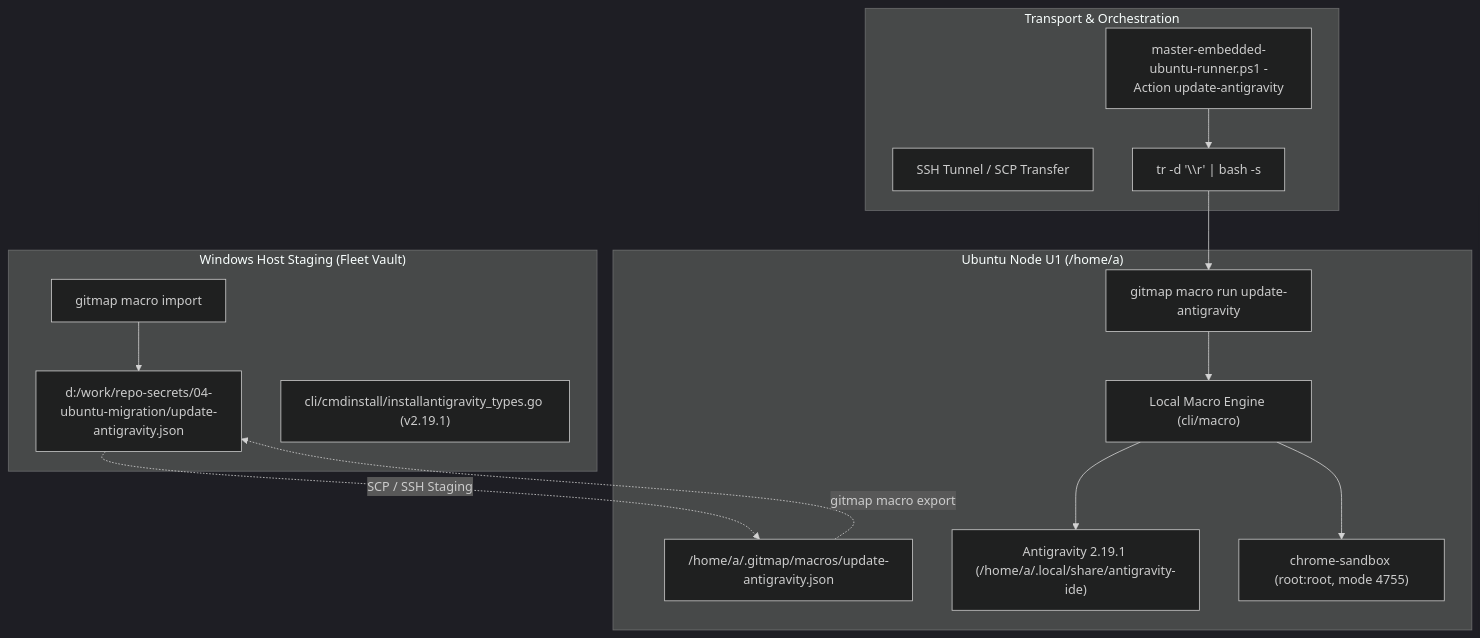
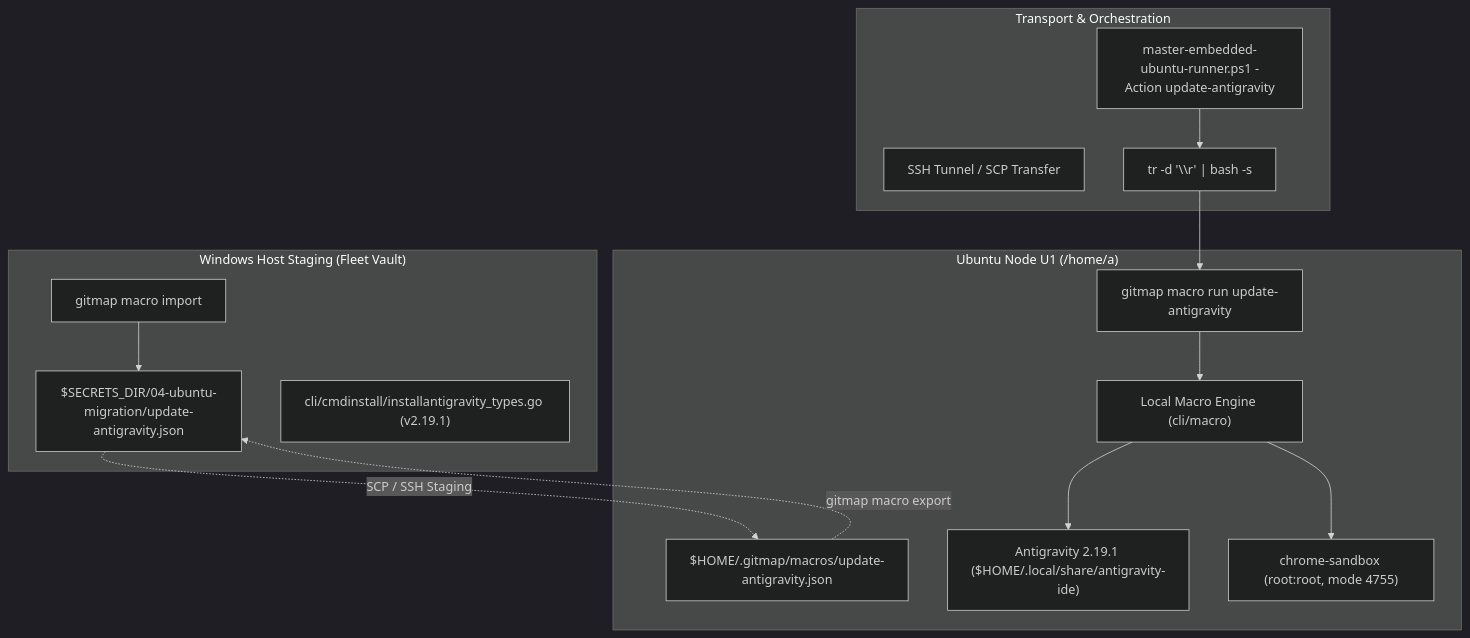
One commit to alimtvnetwork/gitmap-v28 changed the diagram in 02-spec/21-app/213-antigravity-ubuntu-update-and-macro-automation/02-gitmap-macro-and-installer-spec.md. Above: the diagram before and after it, drawn with Mermaid (dark theme). The commit also changed other lines of this file and 49 other files, not shown here.

````diff
--- a/02-spec/21-app/213-antigravity-ubuntu-update-and-macro-automation/02-gitmap-macro-and-installer-spec.md
+++ b/02-spec/21-app/213-antigravity-ubuntu-update-and-macro-automation/02-gitmap-macro-and-installer-spec.md
@@ -28,28 +28,28 @@
 ```mermaid
 flowchart TD
     subgraph Staging["Windows Host Staging (Fleet Vault)"]
-        W1["d:/work/repo-secrets/04-ubuntu-migration/update-antigravity.json"]
+        W1["$SECRETS_DIR/04-ubuntu-migration/update-antigravity.json"]
         W2["gitmap macro import <path>"]
         W3["cli/cmdinstall/installantigravity_types.go (v2.19.1)"]
     end
 
     subgraph SyncTransport["Transport & Orchestration"]
         T1["SSH Tunnel / SCP Transfer"]
         T2["master-embedded-ubuntu-runner.ps1 -Action update-antigravity"]
         T3["tr -d '\\r' | bash -s"]
     end
 
     subgraph UbuntuNode["Ubuntu Node U1 (/home/a)"]
-        U1["/home/a/.gitmap/macros/update-antigravity.json"]
+        U1["$HOME/.gitmap/macros/update-antigravity.json"]
         U2["gitmap macro run update-antigravity"]
         U3["Local Macro Engine (cli/macro)"]
-        U4["Antigravity 2.19.1 (/home/a/.local/share/antigravity-ide)"]
+        U4["Antigravity 2.19.1 ($HOME/.local/share/antigravity-ide)"]
         U5["chrome-sandbox (root:root, mode 4755)"]
     end
 
     W1 -.->|"SCP / SSH Staging"| U1
     U1 -.->|"gitmap macro export"| W1
     W2 --> W1
     T2 --> T3 --> U2
     U2 --> U3 --> U4 & U5
 ```
````
